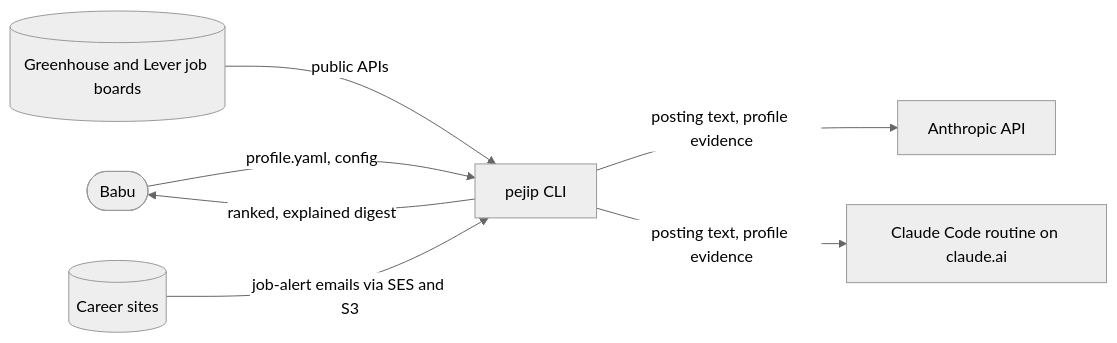
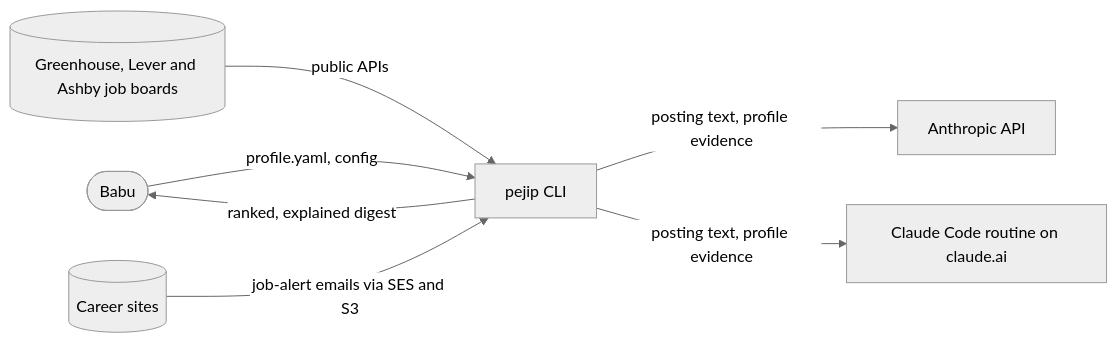
The first of 2 diagrams in docs/architecture/overview.md (madduri-ops/PEJIP), drawn with Mermaid (neutral theme) before and after one commit. The commit also changed 10 other files, not shown here.

First line of the commit message:
Add Ashby public job boards as a source (#65)

````diff
--- a/docs/architecture/overview.md
+++ b/docs/architecture/overview.md
@@ -12,9 +12,9 @@
 ```mermaid
 flowchart LR
     user([Babu]) -- profile.yaml, config --> pejip[pejip CLI]
-    boards[(Greenhouse and Lever job boards)] -- public APIs --> pejip
+    boards[(Greenhouse, Lever and Ashby job boards)] -- public APIs --> pejip
     sites[(Career sites)] -- job-alert emails via SES and S3 --> pejip
     pejip -- posting text, profile evidence --> claude[Anthropic API]
     pejip -- posting text, profile evidence --> routine[Claude Code routine on claude.ai]
     pejip -- ranked, explained digest --> user
 ```
````
